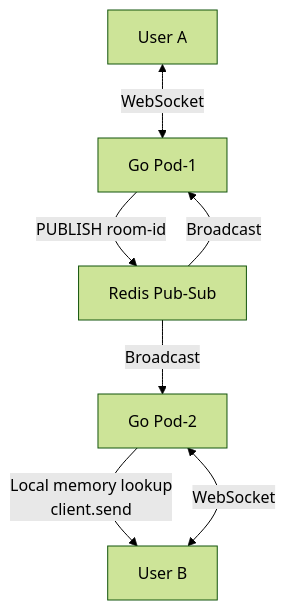
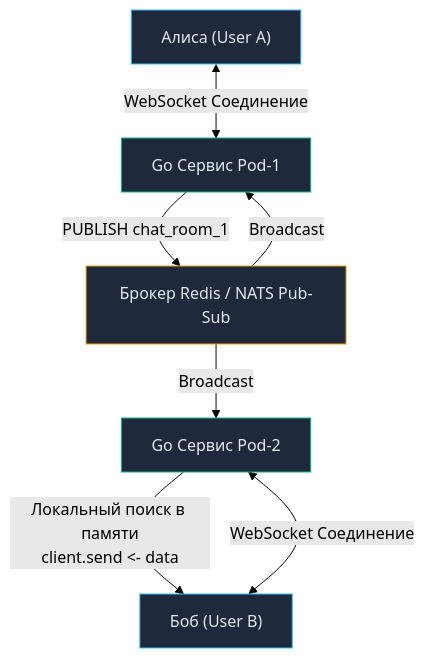
Before and after one commit to UnrealTemplier/go-textbook: the second of 2 diagrams in sources/10. Проектирование API и Сетевые протоколы/22. WebSocket.md, drawn with Mermaid (forest theme). The commit also changed other lines of this file, not shown here.

````diff
--- a/sources/10. Проектирование API и Сетевые протоколы/22. WebSocket.md
+++ b/sources/10. Проектирование API и Сетевые протоколы/22. WebSocket.md
@@ -144,10 +191,17 @@
 ```mermaid
 flowchart TD
-    UserA["User A"] <-->|"WebSocket"| Pod1["Go Pod-1"]
-    UserB["User B"] <-->|"WebSocket"| Pod2["Go Pod-2"]
+    UserA["Алиса (User A)"] <-->|"WebSocket Соединение"| Pod1["Go Сервис Pod-1"]
+    UserB["Боб (User B)"] <-->|"WebSocket Соединение"| Pod2["Go Сервис Pod-2"]
     
-    Pod1 -->|"PUBLISH room-id"| Redis["Redis Pub-Sub"]
+    Pod1 -->|"PUBLISH chat_room_1"| Redis["Брокер Redis / NATS Pub-Sub"]
     Redis -->|"Broadcast"| Pod1
     Redis -->|"Broadcast"| Pod2
-    Pod2 -->|"Local memory lookup<br>client.send"| UserB
+    Pod2 -->|"Локальный поиск в памяти<br>client.send <- data"| UserB
+
+    classDef usr fill:#1e293b,stroke:#38bdf8,stroke-width:1px,color:#e2e8f0;
+    classDef pod fill:#1e293b,stroke:#10b981,stroke-width:1px,color:#e2e8f0;
+    classDef pub fill:#1e293b,stroke:#f59e0b,stroke-width:1px,color:#e2e8f0;
+    class UserA,UserB usr;
+    class Pod1,Pod2 pod;
+    class Redis pub;
 ```
````
